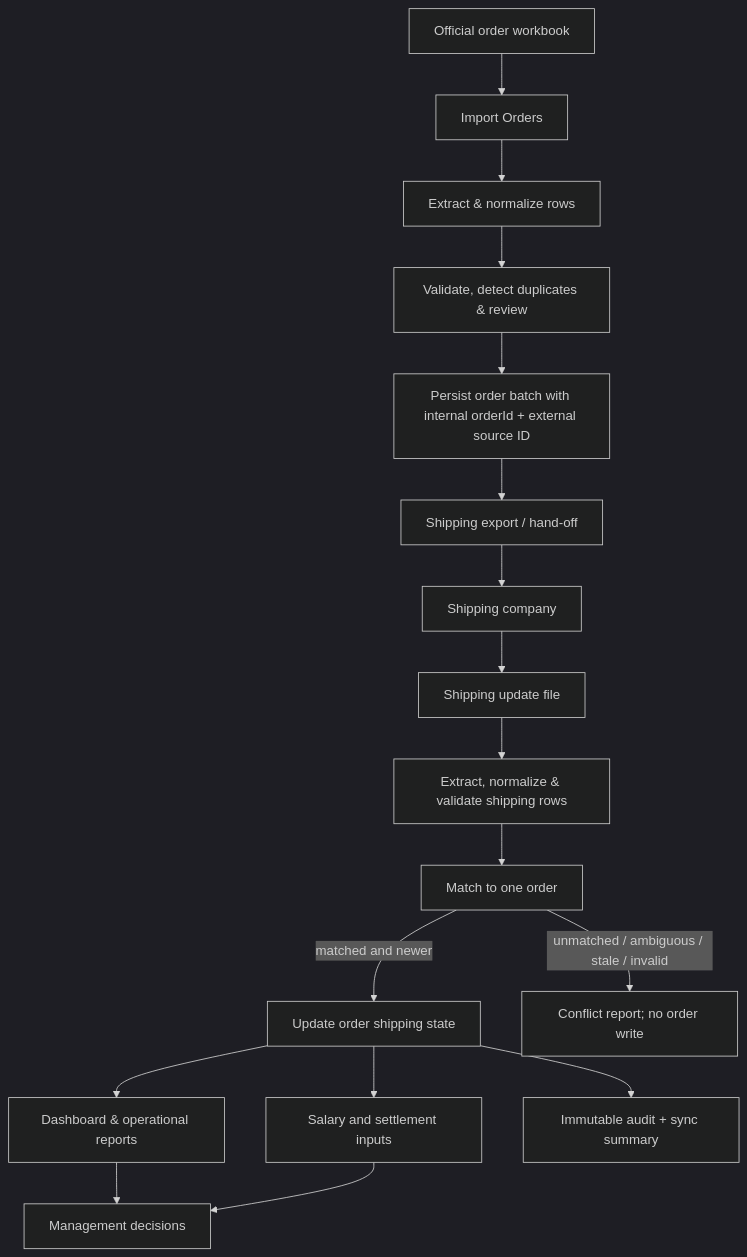
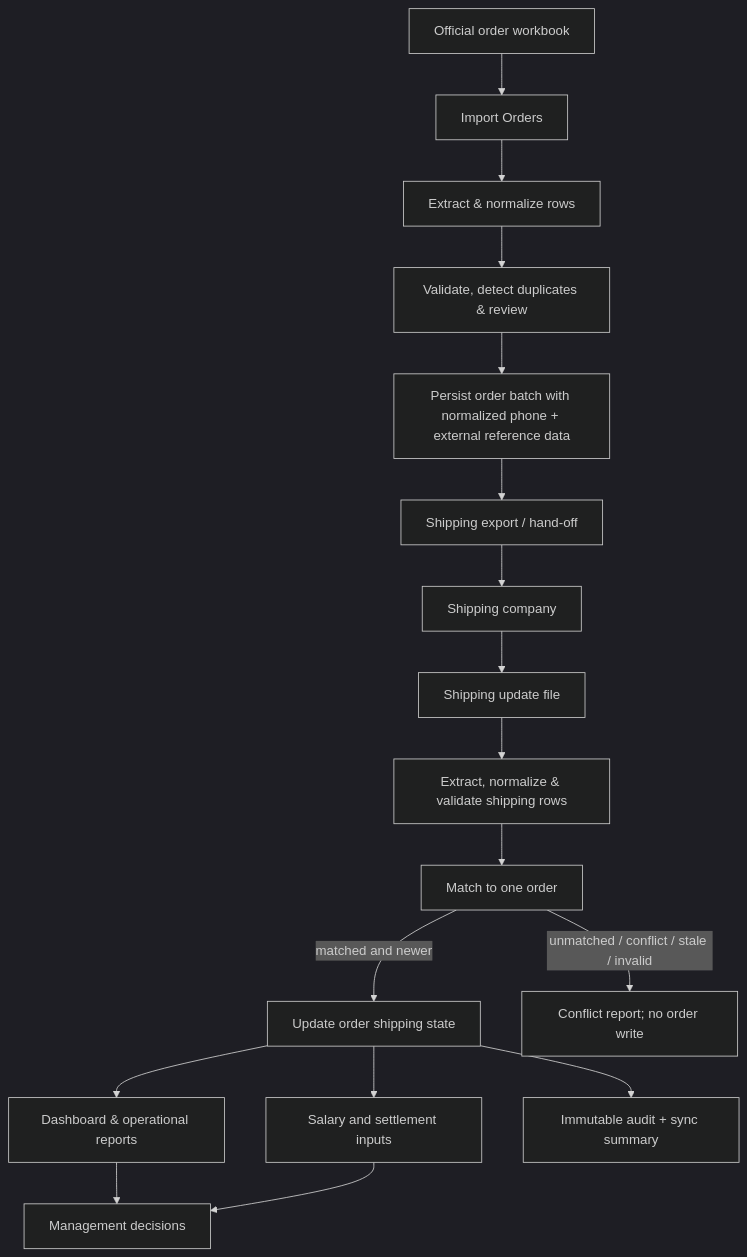
One commit to Ahmdrmdan/moderator-salary-system66666666 changed the diagram in SHIPPING_INTEGRATION_DESIGN.md. Above: the diagram before and after it, drawn with Mermaid (dark theme). The commit also changed other lines of this file and 2 other files, not shown here.

Commit message:
Adopt phone-only shipping matching

````diff
--- a/SHIPPING_INTEGRATION_DESIGN.md
+++ b/SHIPPING_INTEGRATION_DESIGN.md
@@ -18,19 +18,19 @@
 ```mermaid
 flowchart TD
     A["Official order workbook"] --> B["Import Orders"]
     B --> C["Extract & normalize rows"]
     C --> D["Validate, detect duplicates & review"]
-    D --> E["Persist order batch with internal orderId + external source ID"]
+    D --> E["Persist order batch with normalized phone + external reference data"]
     E --> F["Shipping export / hand-off"]
     F --> G["Shipping company"]
     G --> H["Shipping update file"]
     H --> I["Extract, normalize & validate shipping rows"]
     I --> J["Match to one order"]
     J -->|"matched and newer"| K["Update order shipping state"]
-    J -->|"unmatched / ambiguous / stale / invalid"| L["Conflict report; no order write"]
+    J -->|"unmatched / conflict / stale / invalid"| L["Conflict report; no order write"]
     K --> M["Dashboard & operational reports"]
     K --> N["Salary and settlement inputs"]
     K --> O["Immutable audit + sync summary"]
     M --> P["Management decisions"]
     N --> P
 ```
````
